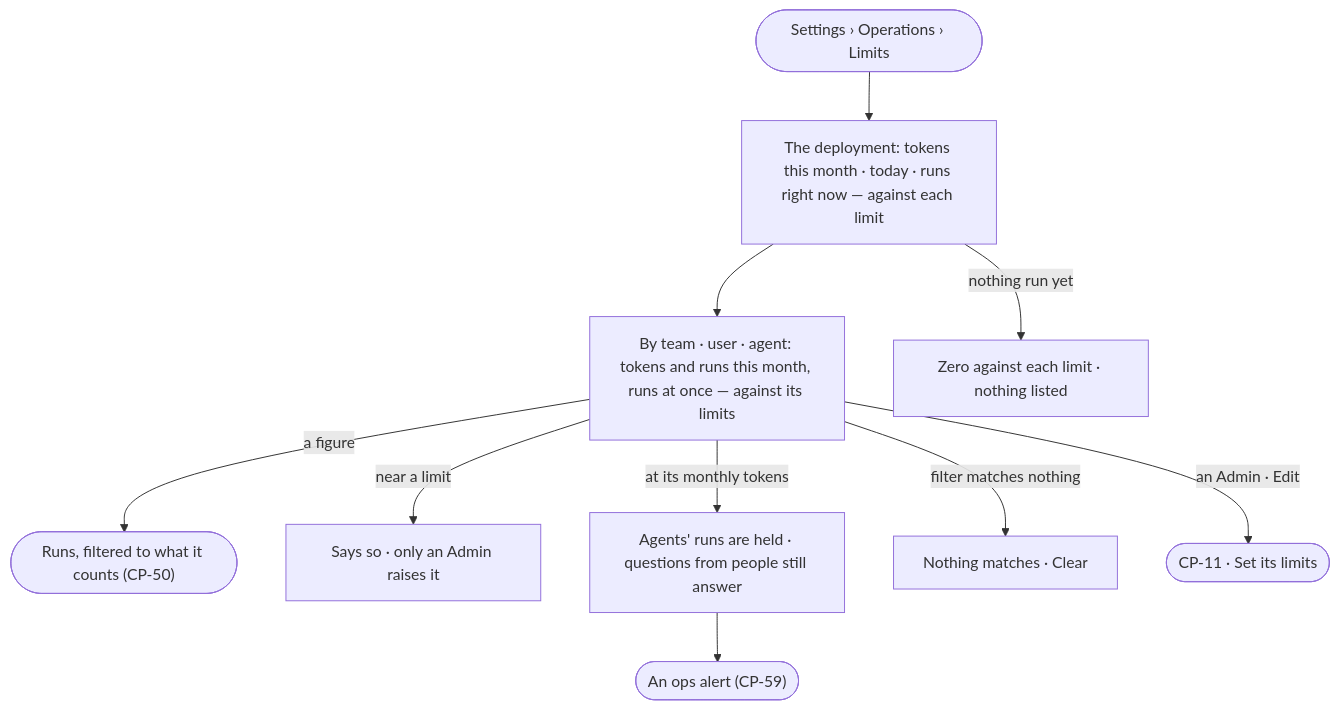
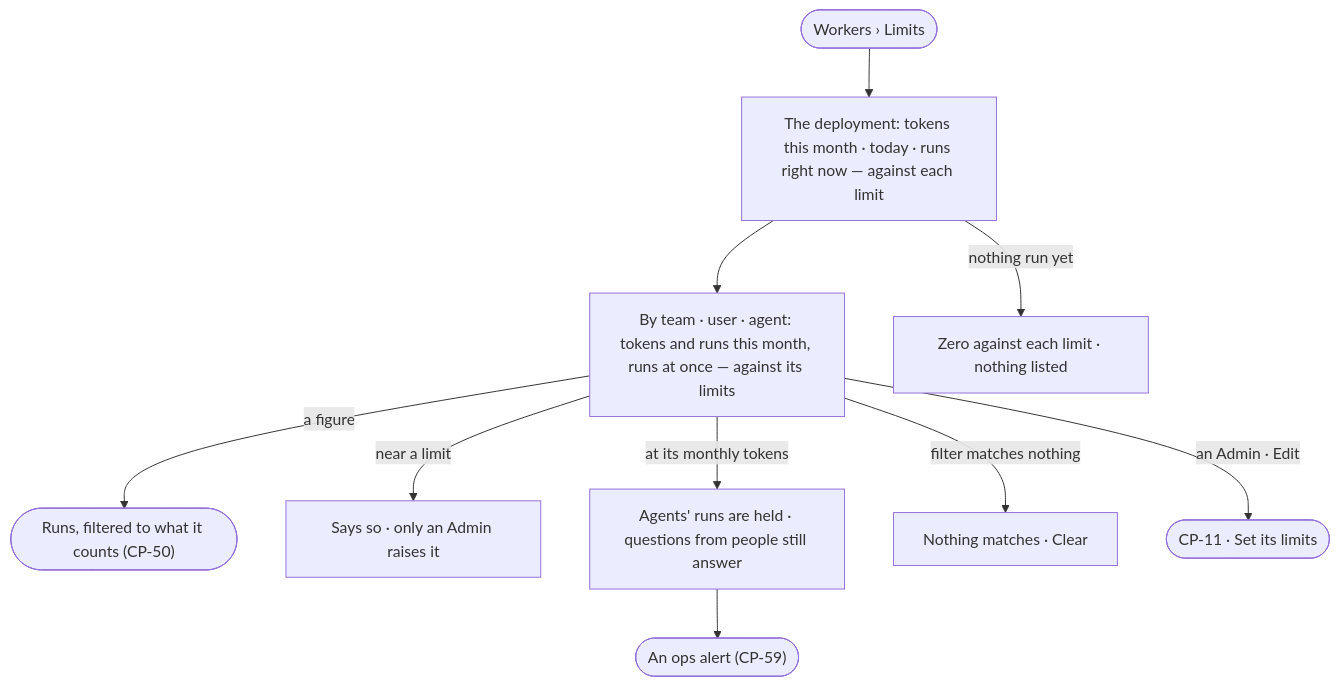
The diagram in specs/os/control/features/CP-F04-limits/stories/CP-34-read-what-each-team-user-and-agent-spends-against-its-limits/story.md (invana/invana), drawn with Mermaid before and after one commit. The commit also changed 133 other files, not shown here.

````diff
--- a/specs/os/control/features/CP-F04-limits/stories/CP-34-read-what-each-team-user-and-agent-spends-against-its-limits/story.md
+++ b/specs/os/control/features/CP-F04-limits/stories/CP-34-read-what-each-team-user-and-agent-spends-against-its-limits/story.md
@@ -26,12 +26,12 @@
 ```mermaid
 flowchart TD
-  s([Settings › Operations › Limits]) --> m["The deployment: tokens this month · today · runs right now — against each limit"]
+  s([Workers › Limits]) --> m["The deployment: tokens this month · today · runs right now — against each limit"]
   m --> by["By team · user · agent: tokens and runs this month, runs at once — against its limits"]
   by -->|a figure| runs(["Runs, filtered to what it counts (CP-50)"])
   by -->|near a limit| nl["Says so · only an Admin raises it"]
   by -->|at its monthly tokens| at["Agents' runs are held · questions from people still answer"]
   at --> al(["An ops alert (CP-59)"])
   m -->|nothing run yet| z["Zero against each limit · nothing listed"]
   by -->|filter matches nothing| f["Nothing matches · Clear"]
   by -->|an Admin · Edit| lim(["CP-11 · Set its limits"])
 ```
````
